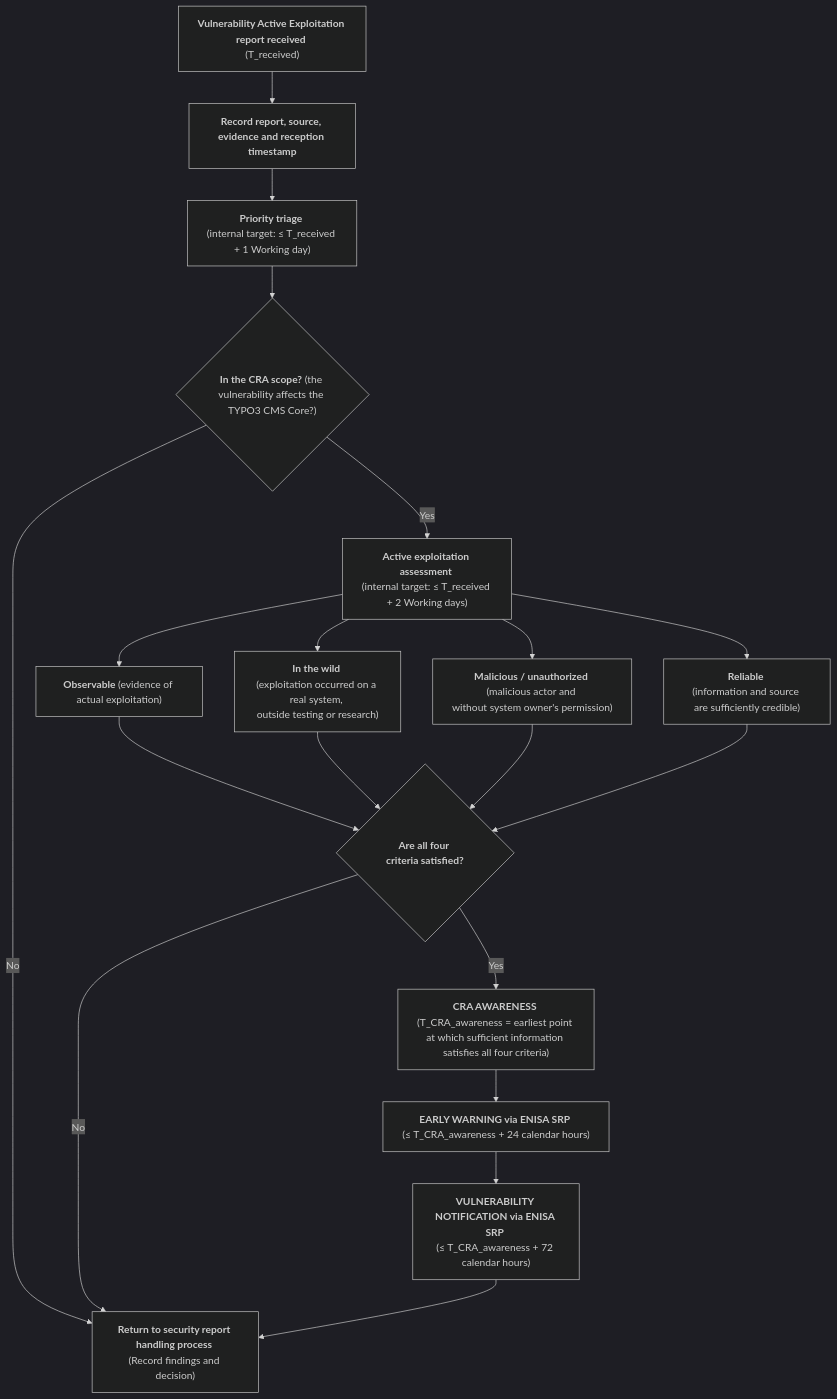
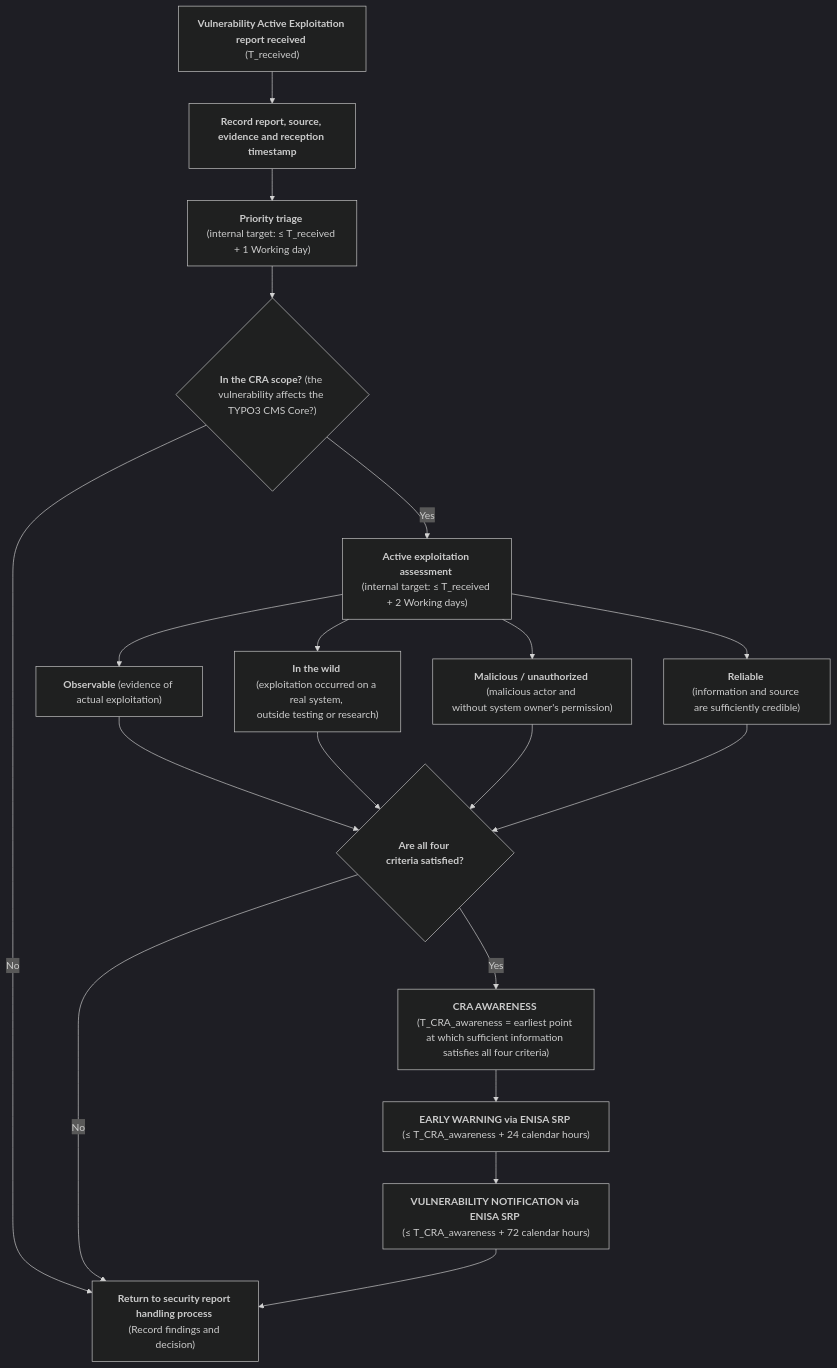
The diagram in templates/actively-exploited-vulnerability-process.md (rfoucard/cra-fast-track), drawn with Mermaid (dark theme) before and after one commit.

````diff
--- a/templates/actively-exploited-vulnerability-process.md
+++ b/templates/actively-exploited-vulnerability-process.md
@@ -15,32 +15,32 @@
 ```mermaid
 flowchart TD
 
     A["<strong>Vulnerability&nbsp;Active&nbsp;Exploitation report received</strong> \n(T_received)"] --> B["<strong>Record&nbsp;report,&nbsp;source, evidence and reception timestamp</strong>"]
 
     B --> C["<strong>Priority triage</strong> \n(internal&nbsp;target:&nbsp;≤&nbsp;T_received + 1 Working day)"]
 
     C --> D{"<strong>In&nbsp;the&nbsp;CRA&nbsp;scope?</strong> (the vulnerability affects the TYPO3 CMS Core?)"}
 
     D -- "No" --> X["<strong>Return&nbsp;to&nbsp;security&nbsp;report handling process</strong> \n(Record findings and decision)"]
 
     D -- "Yes" --> E["<strong>Active exploitation assessment</strong> \n(internal&nbsp;target:&nbsp;≤&nbsp;T_received + 2 Working days)"]
 
     E --> F["<strong>Observable</strong> (evidence of actual&nbsp;exploitation)"]
     E --> G["<strong>In the wild</strong> (exploitation&nbsp;occurred on a real system, outside&nbsp;testing&nbsp;or&nbsp;research)"]
     E --> H["<strong>Malicious / unauthorized</strong> (malicious actor and without&nbsp;system&nbsp;owner's&nbsp;permission)"]
     E --> I["<strong>Reliable</strong> (information&nbsp;and&nbsp;source are&nbsp;sufficiently&nbsp;credible)"]
 
     F --> J{"<strong>Are all four criteria&nbsp;satisfied?</strong>"}
     G --> J
     H --> J
     I --> J
 
     J -- "No" --> X
     J -- "Yes" --> L["<strong>CRA AWARENESS</strong> \n(T_CRA_awareness&nbsp;=&nbsp;earliest&nbsp;point at which sufficient information satisfies all four criteria)"]
 
     L --> M["<strong>EARLY WARNING via ENISA SRP</strong> \n(≤&nbsp;T_CRA_awareness&nbsp;+&nbsp;24&nbsp;calendar&nbsp;hours)"]
 
-    M --> N["<strong>VULNERABILITY NOTIFICATION via ENISA SRP</strong> \n(≤&nbsp;T_CRA_awareness&nbsp;+&nbsp;72 calendar&nbsp;hours)"]
+    M --> N["<strong>VULNERABILITY NOTIFICATION via ENISA SRP</strong> \n(≤&nbsp;T_CRA_awareness&nbsp;+&nbsp;72&nbsp;calendar&nbsp;hours)"]
 
     N --> X
 ```
````
